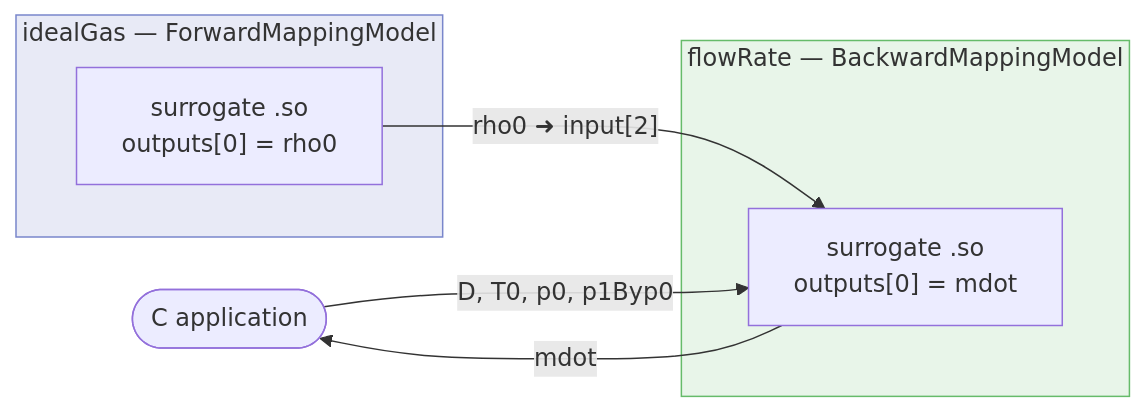
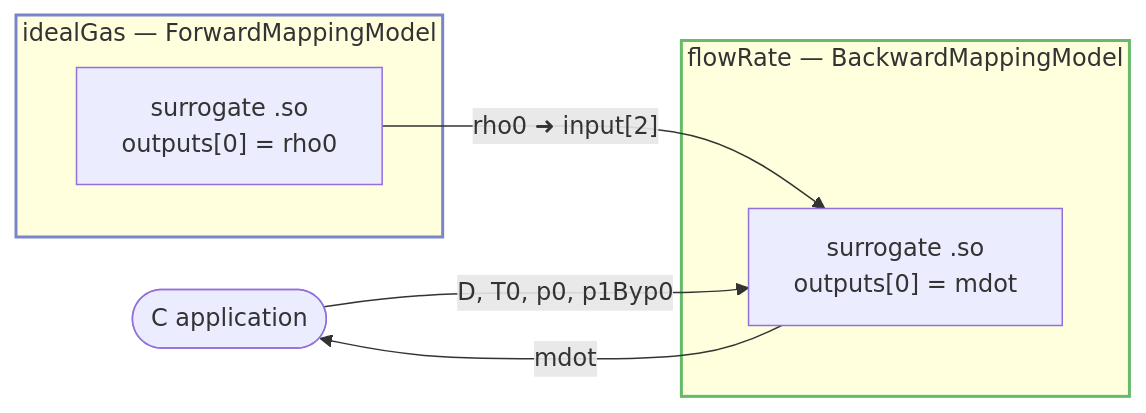
Before and after one commit to sigveka/MoDeNa2: the first of 4 diagrams in README.md, drawn with Mermaid. The commit also changed other lines of this file, not shown here.

Commit message:
Mermaid colour issues fixed

````diff
--- a/README.md
+++ b/README.md
@@ -53,19 +53,19 @@
 ```mermaid
 flowchart LR
     app(["C application"])
 
     subgraph outer["flowRate — BackwardMappingModel"]
         fR["surrogate .so\noutputs[0] = mdot"]
     end
 
     subgraph sub["idealGas — ForwardMappingModel"]
         iG["surrogate .so\noutputs[0] = rho0"]
     end
 
     app -- "D, T0, p0, p1Byp0" --> fR
     iG -- "rho0 ➜ input[2]" --> fR
     fR -- "mdot" --> app
 
-    style sub fill:#e8eaf6,stroke:#7986cb
-    style outer fill:#e8f5e9,stroke:#66bb6a
+    style sub stroke:#7986cb,stroke-width:2px
+    style outer stroke:#66bb6a,stroke-width:2px
 ```
````
